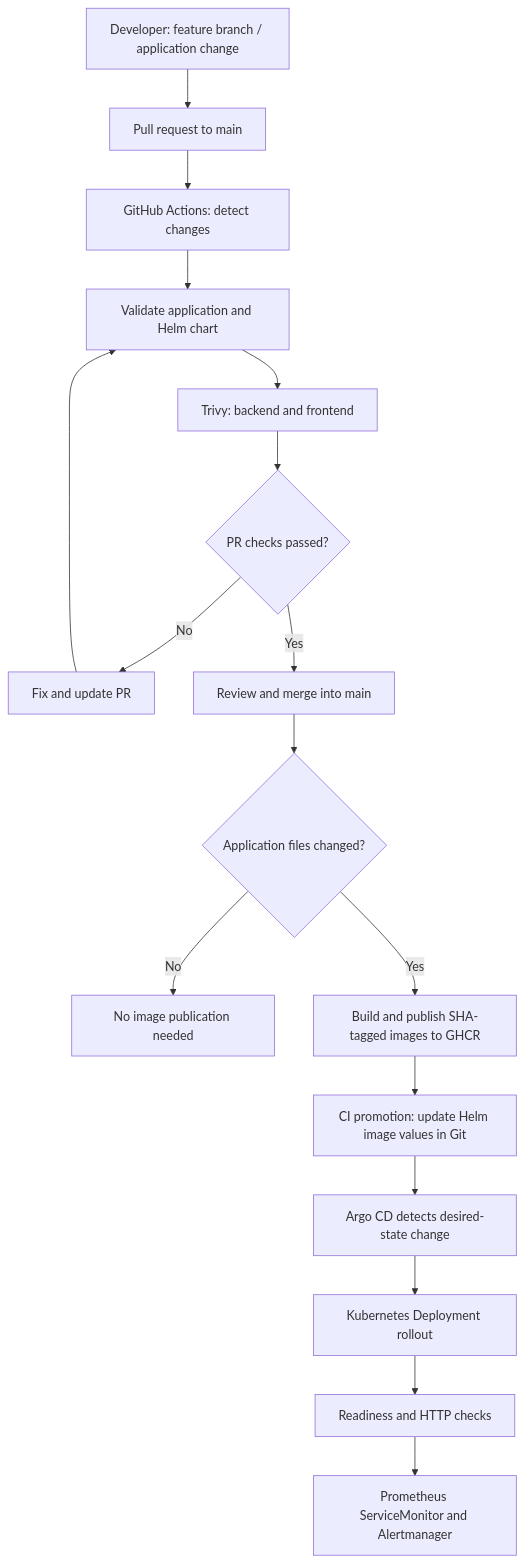
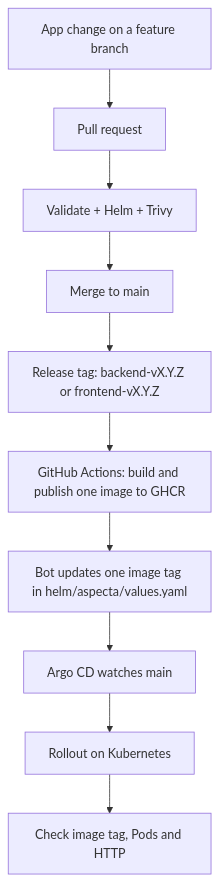
The diagram in docs/CI-CD-AND-DEVELOPMENT-FLOW.md (jansoltys9/aspecta-k8s-assignment), drawn with Mermaid before and after one commit. The commit also changed other lines of this file and 15 other files, not shown here.

````diff
--- a/docs/CI-CD-AND-DEVELOPMENT-FLOW.md
+++ b/docs/CI-CD-AND-DEVELOPMENT-FLOW.md
@@ -7,19 +5,12 @@
 ```mermaid
 flowchart TD
-    A[Developer: feature branch / application change] --> B[Pull request to main]
-    B --> C[GitHub Actions: detect changes]
-    C --> D[Validate application and Helm chart]
-    D --> E[Trivy: backend and frontend]
-    E --> F{PR checks passed?}
-    F -- No --> X[Fix and update PR]
-    X --> D
-    F -- Yes --> G[Review and merge into main]
-    G --> H{Application files changed?}
-    H -- No --> I[No image publication needed]
-    H -- Yes --> J[Build and publish SHA-tagged images to GHCR]
-    J --> K[CI promotion: update Helm image values in Git]
-    K --> L[Argo CD detects desired-state change]
-    L --> M[Kubernetes Deployment rollout]
-    M --> N[Readiness and HTTP checks]
-    N --> O[Prometheus ServiceMonitor and Alertmanager]
+  Dev[App change on a feature branch] --> PR[Pull request]
+  PR --> Checks[Validate + Helm + Trivy]
+  Checks --> Merge[Merge to main]
+  Merge --> Tag[Release tag: backend-vX.Y.Z or frontend-vX.Y.Z]
+  Tag --> Publish[GitHub Actions: build and publish one image to GHCR]
+  Publish --> Promote[Bot updates one image tag in helm/aspecta/values.yaml]
+  Promote --> Argo[Argo CD watches main]
+  Argo --> K8s[Rollout on Kubernetes]
+  K8s --> Test[Check image tag, Pods and HTTP]
 ```
````
